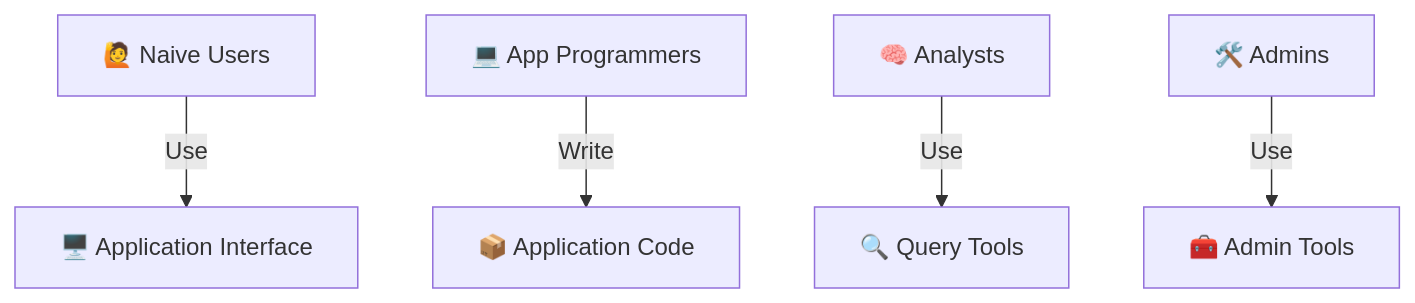
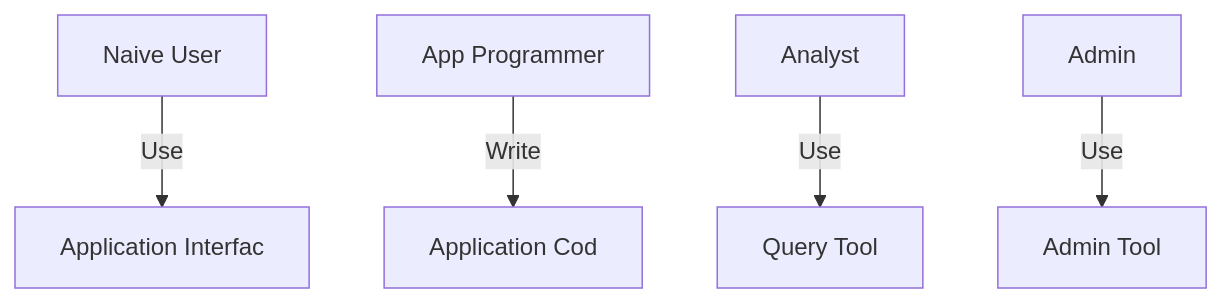
Before and after one commit to cherry0097/Database: the third of 4 diagrams in README.md, drawn with Mermaid. The commit also changed other lines of this file, not shown here.

````diff
--- a/README.md
+++ b/README.md
@@ -103,7 +103,7 @@
 ```mermaid
 flowchart TB
-  Naive[🙋 Naive Users] -->|Use| UI[🖥️ Application Interface]
-  Programmer[💻 App Programmers] -->|Write| Code[📦 Application Code]
-  Analyst[🧠 Analysts] -->|Use| Tools[🔍 Query Tools]
-  Admin[🛠️ Admins] -->|Use| AdminTools[🧰 Admin Tools]
+  Naive[Naive User] -->|Use| UI[Application Interfac]
+  Programmer[App Programmer] -->|Write| Code[Application Cod]
+  Analyst[Analyst] -->|Use| Tools[Query Tool]
+  Admin[Admin] -->|Use| AdminTools[Admin Tool]
 ```
````
